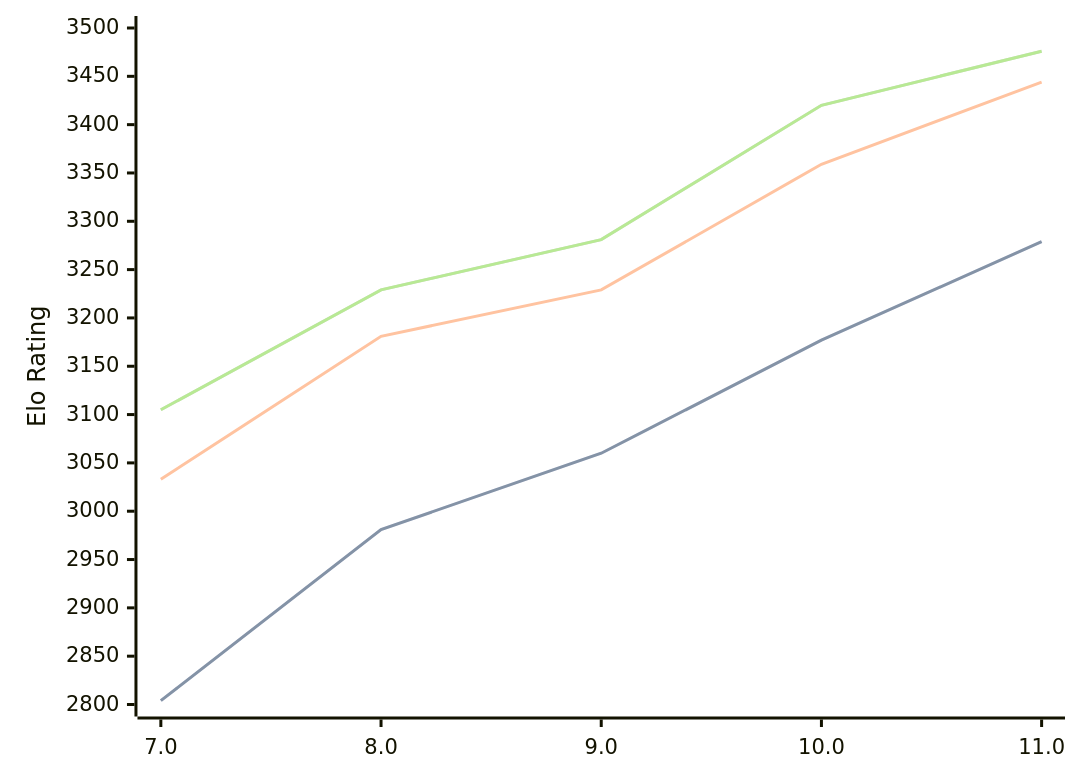
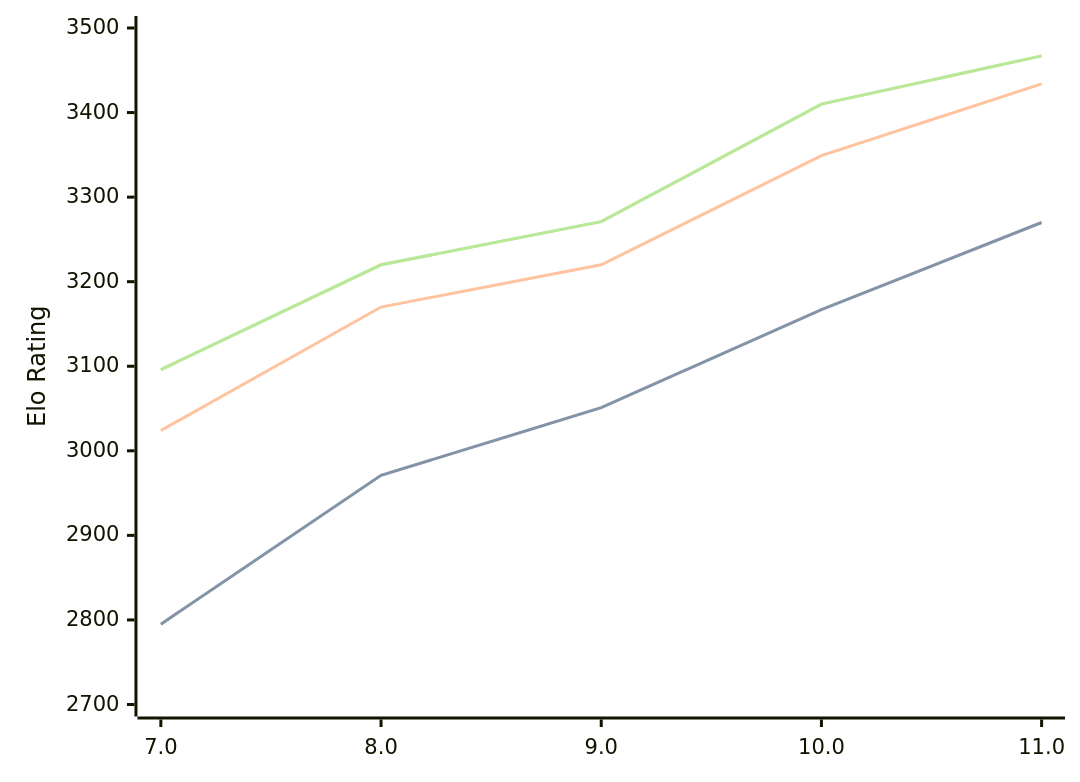
Before and after one commit to computer-chess-index/cci: the diagram in engines/Tcheran.md, drawn with Mermaid. The commit also changed other lines of this file, not shown here.

Commit message:
Update CCI Ratings (ELO VLTC) - 2026-03-19

````diff
--- a/engines/Tcheran.md
+++ b/engines/Tcheran.md
@@ -47,11 +47,11 @@
 ```mermaid
 %%{init: {"theme":"base","themeVariables":{"seriesColors:['#a3a3a3','#222221','#faa371']}}}%%
 xychart-beta
   x-axis ["7.0", "8.0", "9.0", "10.0", "11.0"]
-  y-axis "Elo Rating" 2800 --> 3500
-  line "STC (8.0+0.08s)" [2804, 2981, 3060, 3177, 3279]
-  line "STC (8.0+0.08s)" [2804, 2981, 3060, 3177, 3279]
-  line "LTC (60.0+0.60s)" [3033, 3181, 3229, 3359, 3444]
-  line "VLTC (2m24s+1.12s)" [3105, 3229, 3281, 3420, 3476]
-  line "VLTC (2m24s+1.12s)" [3105, 3229, 3281, 3420, 3476]
+  y-axis "Elo Rating" 2700 --> 3500
+  line "STC (8.0+0.08s)" [2795, 2971, 3051, 3167, 3270]
+  line "STC (8.0+0.08s)" [2795, 2971, 3051, 3167, 3270]
+  line "LTC (60.0+0.60s)" [3024, 3170, 3220, 3349, 3434]
+  line "VLTC (2m24s+1.12s)" [3096, 3220, 3271, 3410, 3467]
+  line "VLTC (2m24s+1.12s)" [3096, 3220, 3271, 3410, 3467]
 ```
````
